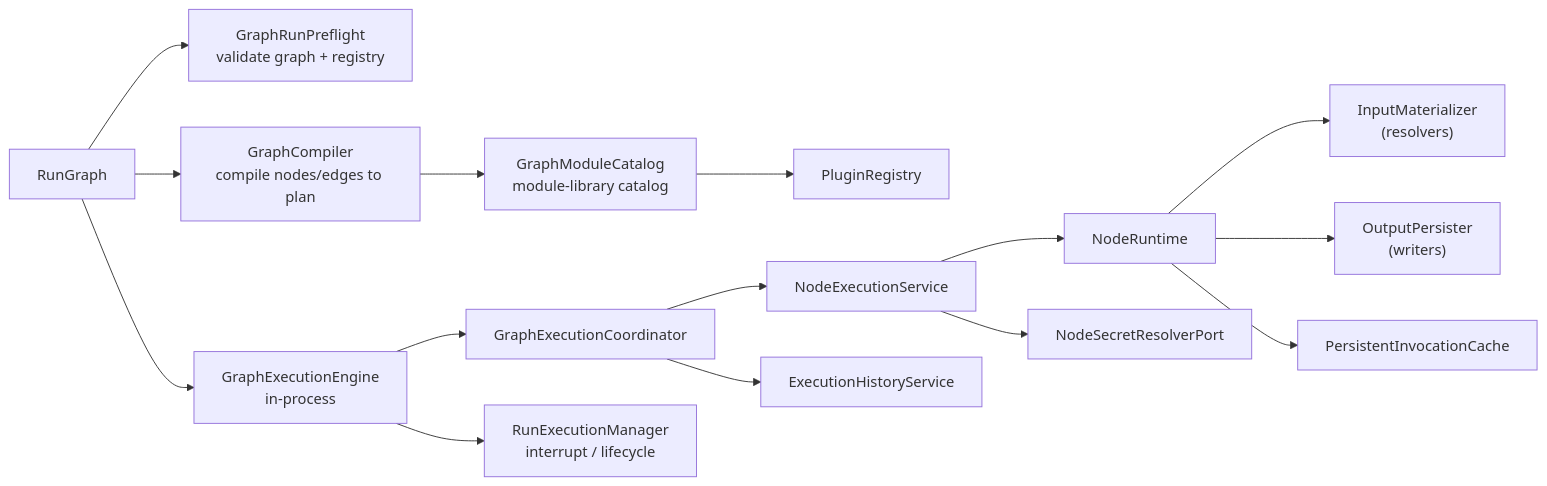
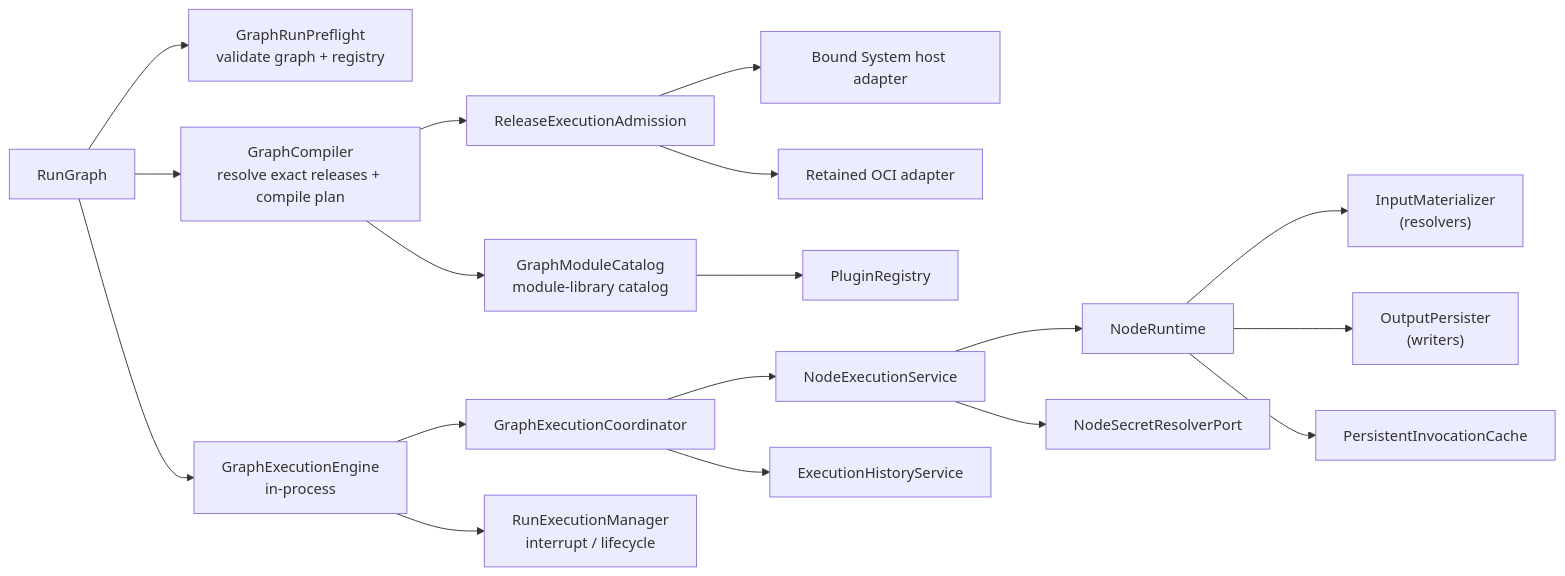
One commit to artpods56/KUL_IDUB_EcclesialSchematisms changed the seventh of 13 diagrams in docs/design/backend-architecture.md. Above: the diagram before and after it, drawn with Mermaid. The commit also changed other lines of this file and 19 other files, not shown here.

Commit message:
docs(plugins): record unified release architecture and cutover

````diff
--- a/docs/design/backend-architecture.md
+++ b/docs/design/backend-architecture.md
@@ -285,17 +304,20 @@
 ```mermaid
 flowchart LR
     Run["RunGraph"] --> Preflight["GraphRunPreflight\nvalidate graph + registry"]
-    Run --> Compiler["GraphCompiler\ncompile nodes/edges to plan"]
+    Run --> Compiler["GraphCompiler\nresolve exact releases + compile plan"]
+    Compiler --> Admission["ReleaseExecutionAdmission"]
+    Admission --> Host["Bound System host adapter"]
+    Admission --> OCI["Retained OCI adapter"]
     Run --> Engine["GraphExecutionEngine\nin-process"]
     Engine --> Coordinator["GraphExecutionCoordinator"]
     Coordinator --> NodeExec["NodeExecutionService"]
     NodeExec --> Runtime["NodeRuntime"]
     Runtime --> Materializer["InputMaterializer\n(resolvers)"]
     Runtime --> Persister["OutputPersister\n(writers)"]
     Runtime --> Cache["PersistentInvocationCache"]
     NodeExec --> Secrets["NodeSecretResolverPort"]
     Compiler --> Catalog["GraphModuleCatalog\nmodule-library catalog"]
     Catalog --> Registry["PluginRegistry"]
     Coordinator --> History["ExecutionHistoryService"]
     Engine --> Manager["RunExecutionManager\ninterrupt / lifecycle"]
 ```
````
